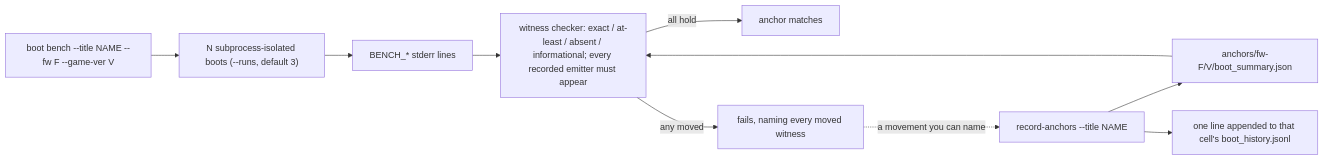
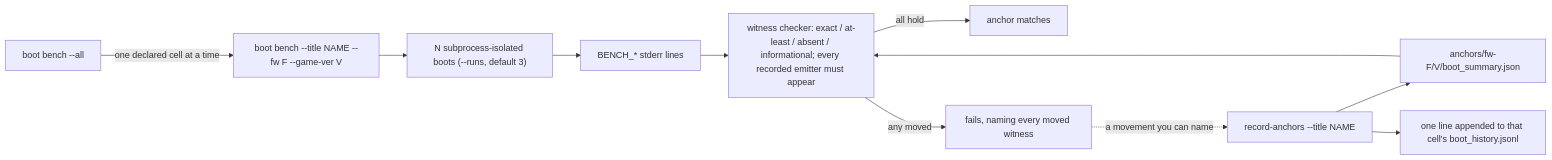
Before and after one commit to RoyalAce22/CellGov: the first of 2 diagrams in docs/architecture/title_harness.md, drawn with Mermaid. The commit also changed other lines of this file and 20 other files, not shown here.

Commit message:
feat(cli): boot bench --all gates every declared cell of every registry title

````diff
--- a/docs/architecture/title_harness.md
+++ b/docs/architecture/title_harness.md
@@ -214,12 +229,13 @@
 ```mermaid
 flowchart LR
+  all["boot bench --all"] -->|one declared cell at a time| bb
   bb["boot bench --title NAME --fw F --game-ver V"] --> boot["N subprocess-isolated boots (--runs, default 3)"]
   boot --> lines["BENCH_* stderr lines"]
   lines --> chk["witness checker: exact / at-least / absent / informational; every recorded emitter must appear"]
   base["anchors/fw-F/V/boot_summary.json"] --> chk
   chk -->|all hold| ok["anchor matches"]
   chk -->|any moved| fail["fails, naming every moved witness"]
   fail -.->|a movement you can name| ra["record-anchors --title NAME"]
   ra --> base
   ra --> hist["one line appended to that cell's boot_history.jsonl"]
 ```
````
